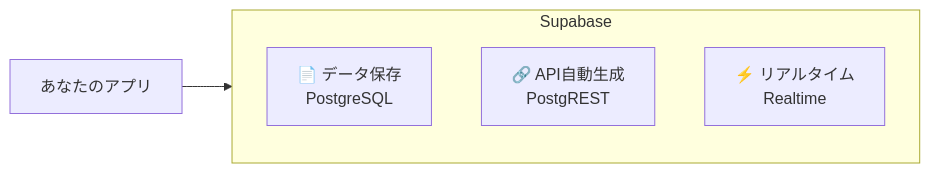
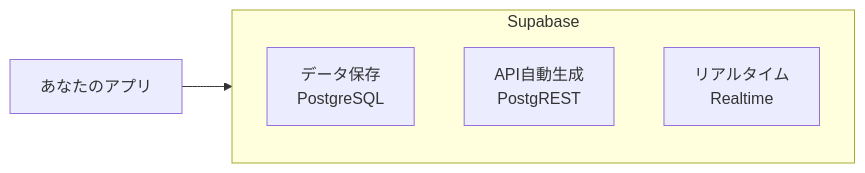
One commit to itdojp/supabase-architecture-patterns-book changed the third of 6 diagrams in docs/chapters/chapter01/index.md. Above: the diagram before and after it, drawn with Mermaid. The commit also changed other lines of this file and 49 other files, not shown here.

````diff
--- a/docs/chapters/chapter01/index.md
+++ b/docs/chapters/chapter01/index.md
@@ -89,10 +89,10 @@
 ```mermaid
 flowchart LR
     A[あなたのアプリ] --> B[Supabase]
     
     subgraph B[Supabase]
-        C[📄 データ保存<br/>PostgreSQL]
-        D[🔗 API自動生成<br/>PostgREST]
-        E[⚡ リアルタイム<br/>Realtime]
+        C[ データ保存<br/>PostgreSQL]
+        D[ API自動生成<br/>PostgREST]
+        E[ リアルタイム<br/>Realtime]
     end
 ```
````
